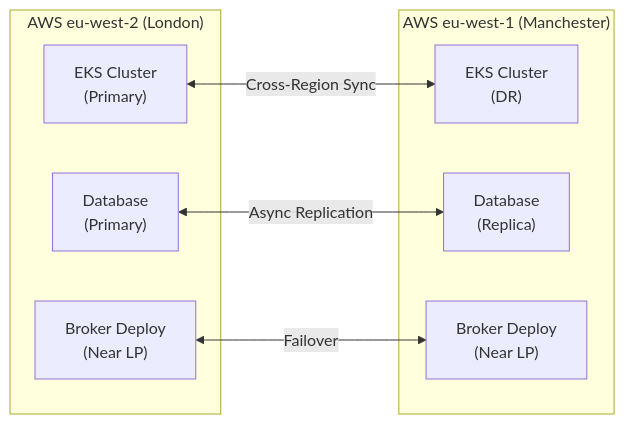
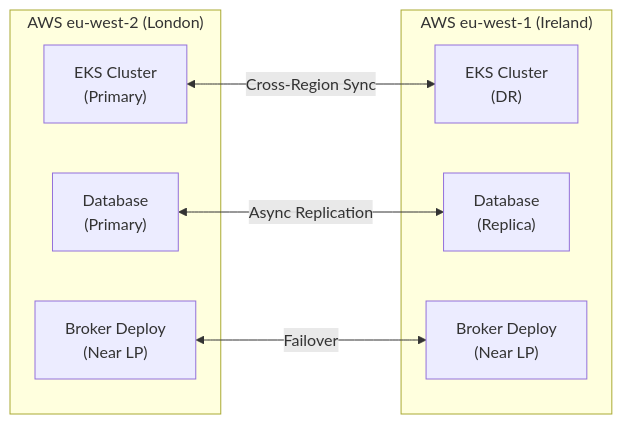
One commit to blackholefund/external_docs changed the second of 4 diagrams in README.md. Above: the diagram before and after it, drawn with Mermaid. The commit also changed other lines of this file and 13 other files, not shown here.

````diff
--- a/README.md
+++ b/README.md
@@ -72,18 +72,18 @@
 ```mermaid
 flowchart LR
     subgraph London["AWS eu-west-2 (London)"]
         L_EKS["EKS Cluster\n(Primary)"]
         L_DB["Database\n(Primary)"]
         L_Broker["Broker Deploy\n(Near LP)"]
     end
 
-    subgraph Manchester["AWS eu-west-1 (Manchester)"]
+    subgraph Ireland["AWS eu-west-1 (Ireland)"]
         M_EKS["EKS Cluster\n(DR)"]
         M_DB["Database\n(Replica)"]
         M_Broker["Broker Deploy\n(Near LP)"]
     end
 
     L_EKS <-->|"Cross-Region Sync"| M_EKS
     L_DB <-->|"Async Replication"| M_DB
     L_Broker <-->|"Failover"| M_Broker
 ```
````
